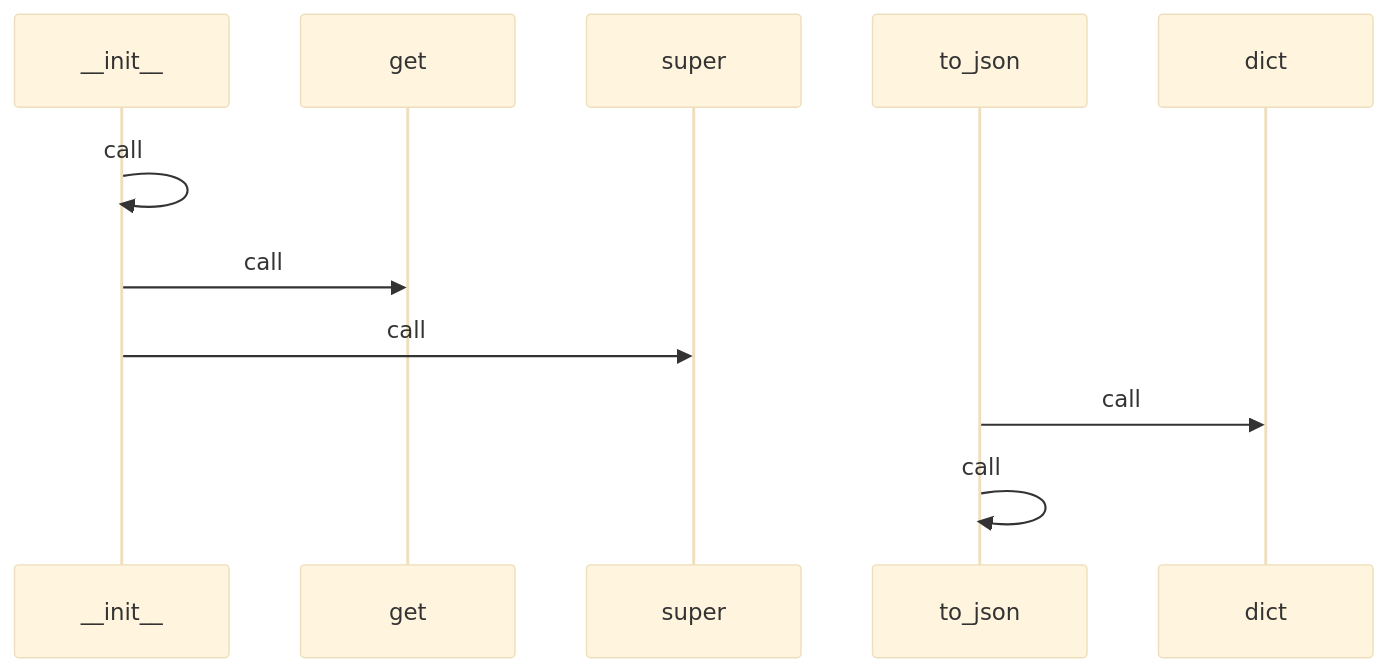
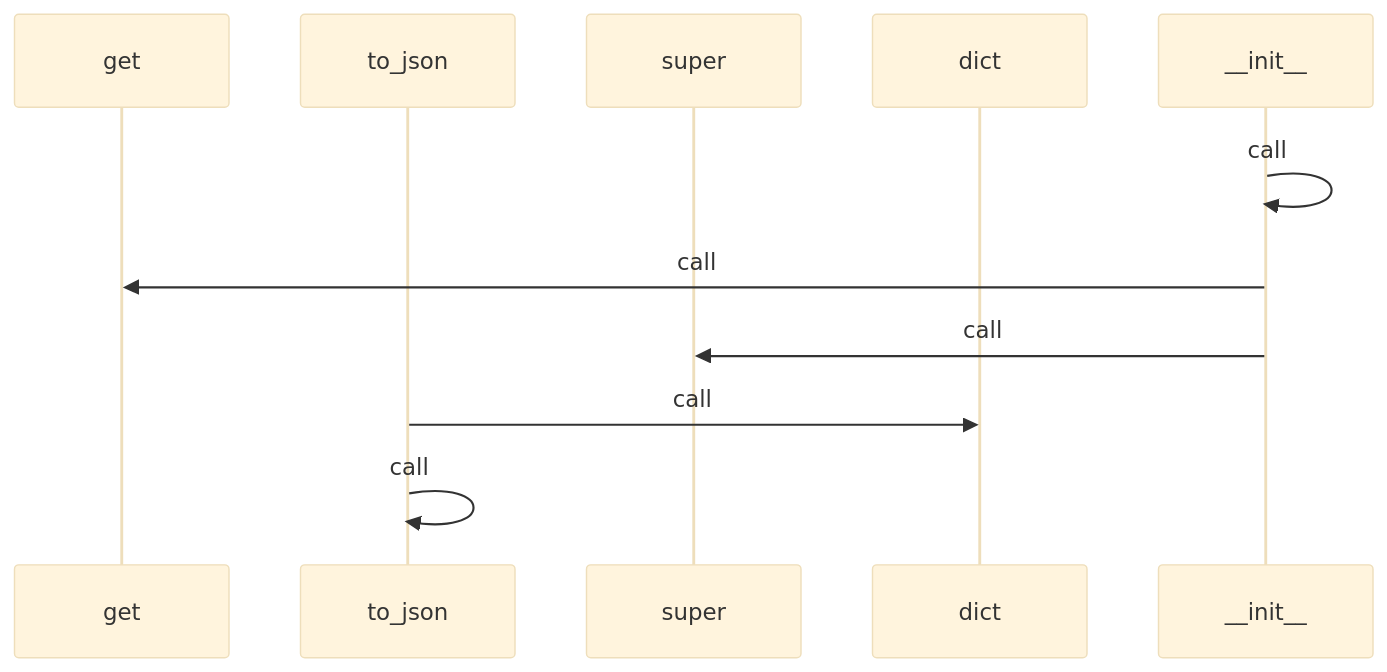
Before and after one commit to yeonjae-personal/codemuse-backend: the third of 4 diagrams in generated_docs/rule_analyzer/models.md, drawn with Mermaid (base theme). The commit also changed other lines of this file and 3991 other files, not shown here.

First line of the commit message:
feat: 워크플로우 개선 및 핵심 문서 자동 생성 구현

````diff
--- a/generated_docs/rule_analyzer/models.md
+++ b/generated_docs/rule_analyzer/models.md
@@ -810,13 +810,13 @@
 ```mermaid
 sequenceDiagram
+  participant get as get
+  participant to_json as to_json
+  participant super as super
+  participant dict as dict
   participant __init__ as __init__
-  participant get as get
-  participant super as super
-  participant to_json as to_json
-  participant dict as dict
   __init__->>__init__: call
   __init__->>get: call
   __init__->>super: call
   to_json->>dict: call
   to_json->>to_json: call
 ```
````
